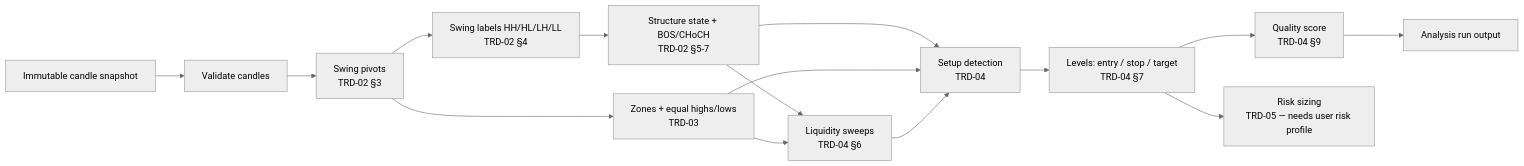
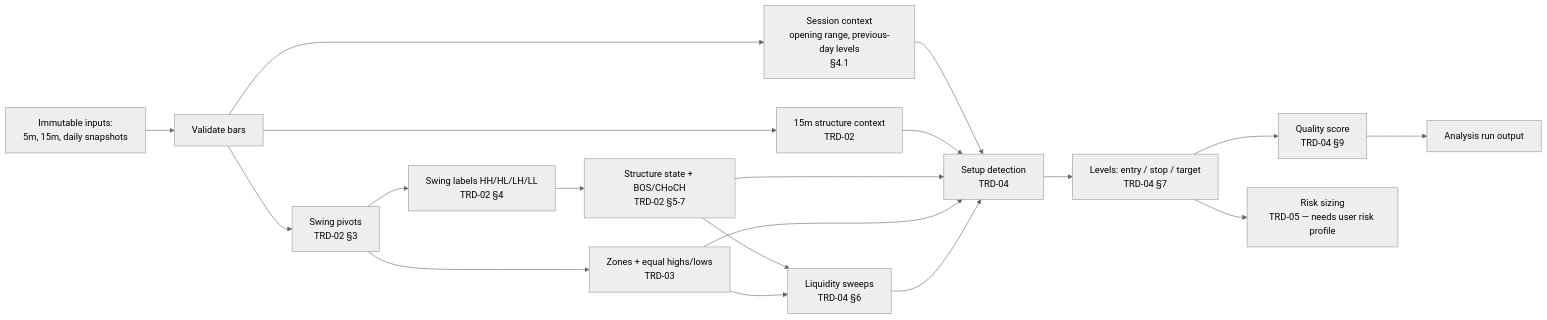
One commit to anirbancodes69/price-action-ai changed the diagram in docs/trading/01_TRADING_METHODOLOGY.md. Above: the diagram before and after it, drawn with Mermaid (neutral theme). The commit also changed other lines of this file and 11 other files, not shown here.

````diff
--- a/docs/trading/01_TRADING_METHODOLOGY.md
+++ b/docs/trading/01_TRADING_METHODOLOGY.md
@@ -39,17 +43,21 @@
 ```mermaid
 flowchart LR
-  A[Immutable candle snapshot] --> B[Validate candles]
+  A[Immutable inputs:<br/>5m, 15m, daily snapshots] --> B[Validate bars]
+  B --> S[Session context<br/>opening range, previous-day levels<br/>§4.1]
+  B --> X[15m structure context<br/>TRD-02]
+  S --> H
+  X --> H
   B --> C[Swing pivots<br/>TRD-02 §3]
   C --> D[Swing labels HH/HL/LH/LL<br/>TRD-02 §4]
   D --> E[Structure state + BOS/CHoCH<br/>TRD-02 §5-7]
   C --> F[Zones + equal highs/lows<br/>TRD-03]
   E --> G[Liquidity sweeps<br/>TRD-04 §6]
   F --> G
   E --> H[Setup detection<br/>TRD-04]
   F --> H
   G --> H
   H --> I[Levels: entry / stop / target<br/>TRD-04 §7]
   I --> J[Quality score<br/>TRD-04 §9]
   I --> K[Risk sizing<br/>TRD-05 — needs user risk profile]
   J --> L[Analysis run output]
 ```
````
